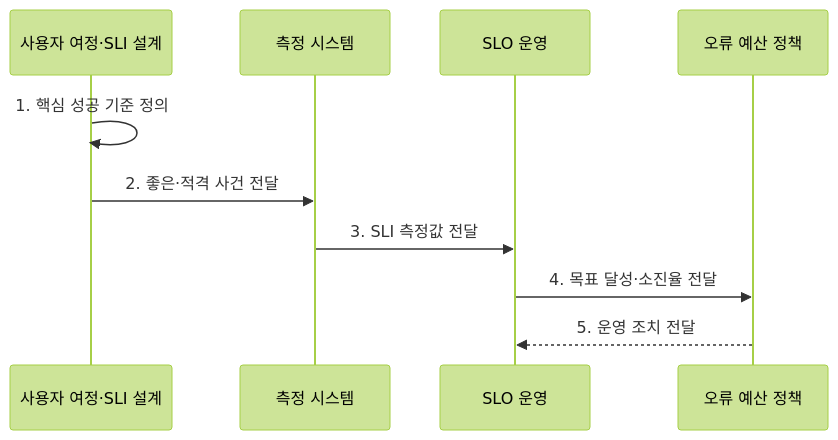
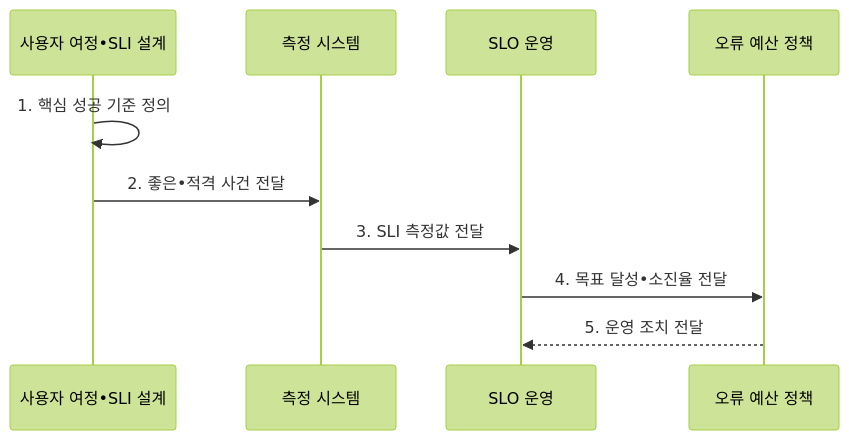
Before and after one commit to agnusdei1207/knowledge-base: the second of 2 diagrams in src/content/docs/notes/08-latest-tech/173_slo.md, drawn with Mermaid (forest theme). The commit also changed other lines of this file and 953 other files, not shown here.

````diff
--- a/src/content/docs/notes/08-latest-tech/173_slo.md
+++ b/src/content/docs/notes/08-latest-tech/173_slo.md
@@ -103,12 +103,12 @@
 ```mermaid
 sequenceDiagram
-    participant S as 사용자 여정·SLI 설계
+    participant S as 사용자 여정•SLI 설계
     participant M as 측정 시스템
     participant O as SLO 운영
     participant P as 오류 예산 정책
     S->>S: 1. 핵심 성공 기준 정의
-    S->>M: 2. 좋은·적격 사건 전달
+    S->>M: 2. 좋은•적격 사건 전달
     M->>O: 3. SLI 측정값 전달
-    O->>P: 4. 목표 달성·소진율 전달
+    O->>P: 4. 목표 달성•소진율 전달
     P-->>O: 5. 운영 조치 전달
 ```
````
